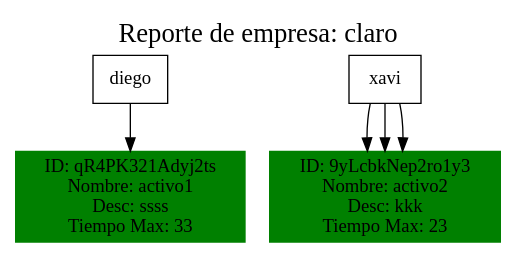
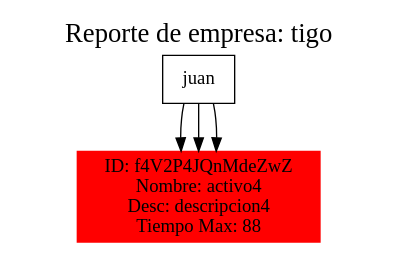
The diagram in output/reporte_activos_empresa.dot (DavidVelasquez77/EDD_PROYECTO1), drawn with Graphviz before and after one commit. The commit also changed 38 other files, not shown here.

```diff
--- a/output/reporte_activos_empresa.dot
+++ b/output/reporte_activos_empresa.dot
@@ -1,19 +1,16 @@
 digraph ArbolActivos {
-    label="Reporte de empresa: claro";
+    label="Reporte de empresa: tigo";
     labelloc="t";
     fontsize=20;
     node [shape=rectangle];
     rankdir=TB;
-    "diego" [label="diego"];
-    "diego_qR4PK321Adyj2ts" [label="ID: qR4PK321Adyj2ts\nNombre: activo1\nDesc: ssss\nTiempo Max: 33", color="green", style=filled, fillcolor="green"];
-    "diego" -> "diego_qR4PK321Adyj2ts";
-    "xavi" [label="xavi"];
-    "xavi_9yLcbkNep2ro1y3" [label="ID: 9yLcbkNep2ro1y3\nNombre: activo2\nDesc: kkk\nTiempo Max: 23", color="green", style=filled, fillcolor="green"];
-    "xavi" -> "xavi_9yLcbkNep2ro1y3";
-    "xavi" [label="xavi"];
-    "xavi_9yLcbkNep2ro1y3" [label="ID: 9yLcbkNep2ro1y3\nNombre: activo2\nDesc: kkk\nTiempo Max: 23", color="green", style=filled, fillcolor="green"];
-    "xavi" -> "xavi_9yLcbkNep2ro1y3";
-    "xavi" [label="xavi"];
-    "xavi_9yLcbkNep2ro1y3" [label="ID: 9yLcbkNep2ro1y3\nNombre: activo2\nDesc: kkk\nTiempo Max: 23", color="green", style=filled, fillcolor="green"];
-    "xavi" -> "xavi_9yLcbkNep2ro1y3";
+    "juan" [label="juan"];
+    "juan_f4V2P4JQnMdeZwZ" [label="ID: f4V2P4JQnMdeZwZ\nNombre: activo4\nDesc: descripcion4\nTiempo Max: 88", color="red", style=filled, fillcolor="red"];
+    "juan" -> "juan_f4V2P4JQnMdeZwZ";
+    "juan" [label="juan"];
+    "juan_f4V2P4JQnMdeZwZ" [label="ID: f4V2P4JQnMdeZwZ\nNombre: activo4\nDesc: descripcion4\nTiempo Max: 88", color="red", style=filled, fillcolor="red"];
+    "juan" -> "juan_f4V2P4JQnMdeZwZ";
+    "juan" [label="juan"];
+    "juan_f4V2P4JQnMdeZwZ" [label="ID: f4V2P4JQnMdeZwZ\nNombre: activo4\nDesc: descripcion4\nTiempo Max: 88", color="red", style=filled, fillcolor="red"];
+    "juan" -> "juan_f4V2P4JQnMdeZwZ";
 }
```
